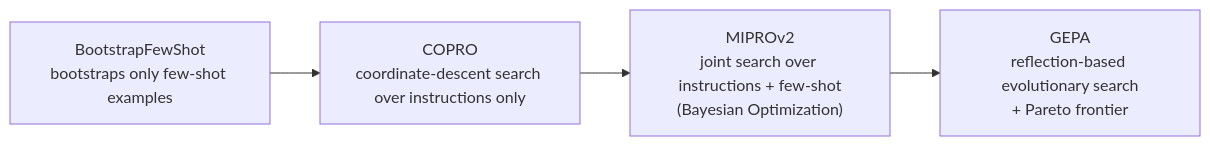
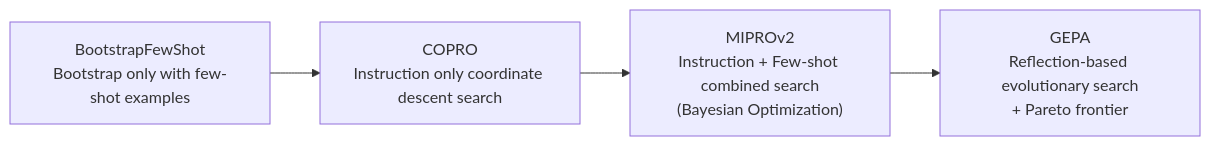
The diagram in wiki/en/AI/Engineering/Prompt_Engineering/Automatic_Prompt_Optimization.md (TaeHunKim/AIEngineeringLLMWiki), drawn with Mermaid before and after one commit. The commit also changed other lines of this file and 48 other files, not shown here.

````diff
--- a/wiki/en/AI/Engineering/Prompt_Engineering/Automatic_Prompt_Optimization.md
+++ b/wiki/en/AI/Engineering/Prompt_Engineering/Automatic_Prompt_Optimization.md
@@ -57,7 +57,7 @@
 ```mermaid
 flowchart LR
-    A["BootstrapFewShot<br/>bootstraps only few-shot examples"] --> B
-    B["COPRO<br/>coordinate-descent search over instructions only"] --> C
-    C["MIPROv2<br/>joint search over instructions + few-shot<br/>(Bayesian Optimization)"] --> D
-    D["GEPA<br/>reflection-based evolutionary search<br/>+ Pareto frontier"]
+    A["BootstrapFewShot<br/>Bootstrap only with few-shot examples"] --> B
+    B["COPRO<br/>Instruction only coordinate descent search"] --> C
+    C["MIPROv2<br/>Instruction + Few-shot combined search<br/>(Bayesian Optimization)"] --> D
+    D["GEPA<br/>Reflection-based evolutionary search<br/>+ Pareto frontier"]
 ```
````
